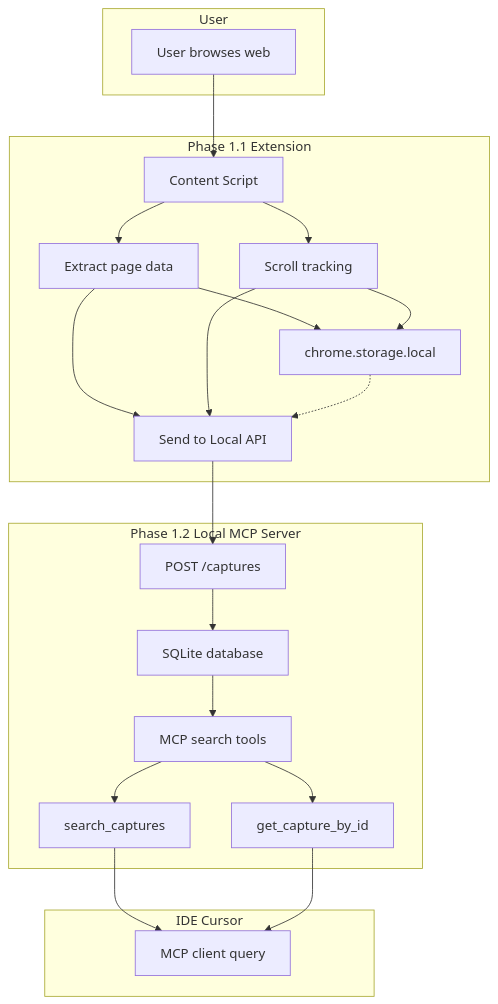
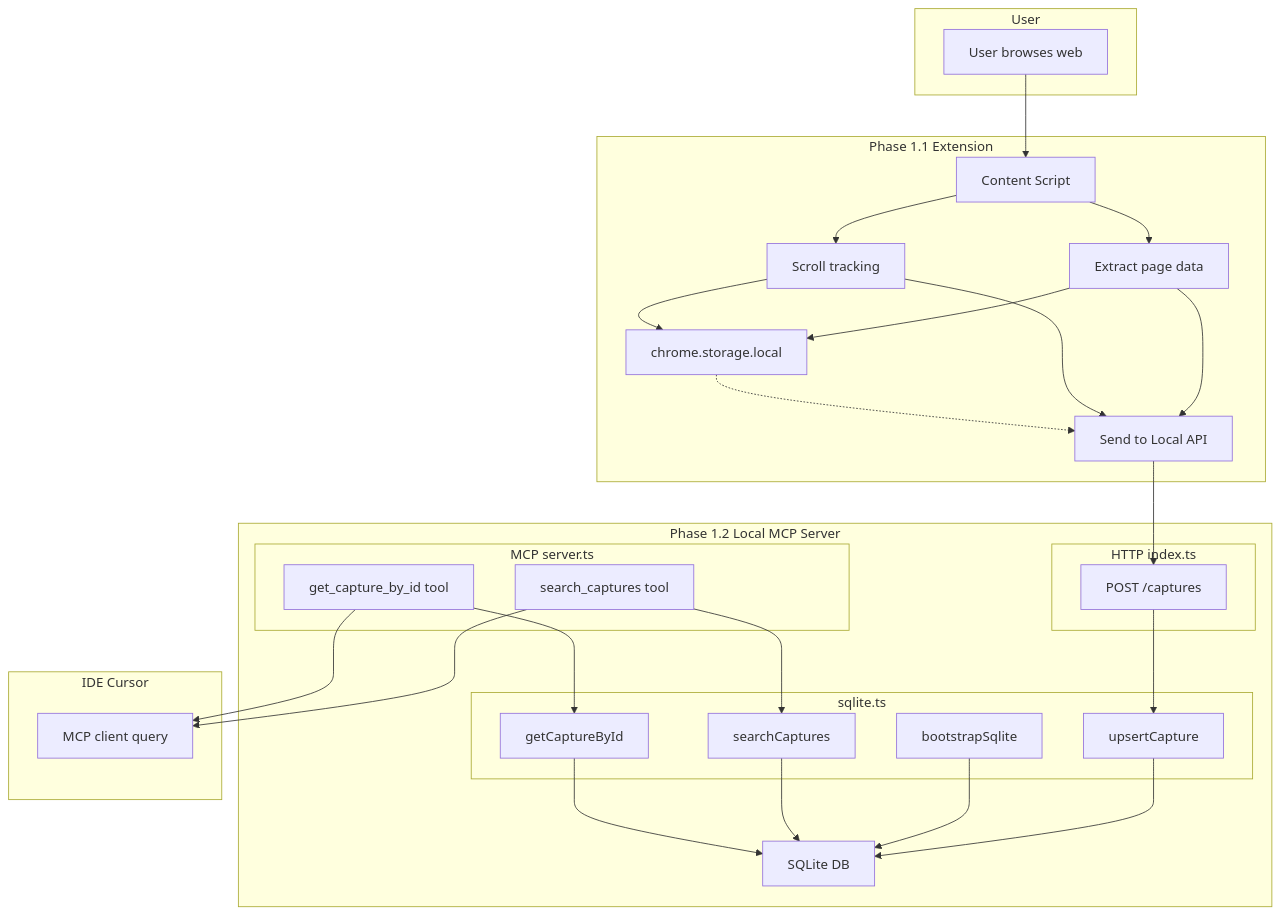
The diagram in README.md (kyhsdjq/surfrag), drawn with Mermaid before and after one commit. The commit also changed other lines of this file and 20 other files, not shown here.

````diff
--- a/README.md
+++ b/README.md
@@ -7,42 +7,54 @@
 ```mermaid
 flowchart TB
     subgraph "User"
         A[""User browses web""]
     end
 
     subgraph "Phase 1.1 Extension"
         B[""Content Script""]
         C[""Extract page data""]
         D[""Scroll tracking""]
         E[""chrome.storage.local""]
         F[""Send to Local API""]
     end
 
     subgraph "Phase 1.2 Local MCP Server"
-        G[""POST /captures""]
-        H[""SQLite database""]
-        I[""MCP search tools""]
-        J[""search_captures""]
-        K[""get_capture_by_id""]
+        subgraph "HTTP index.ts"
+            G[""POST /captures""]
+        end
+        subgraph "sqlite.ts"
+            H1[""bootstrapSqlite""]
+            H2[""upsertCapture""]
+            H3[""searchCaptures""]
+            H4[""getCaptureById""]
+        end
+        subgraph "MCP server.ts"
+            I[""search_captures tool""]
+            J[""get_capture_by_id tool""]
+        end
+        K[""SQLite DB""]
     end
 
     subgraph "IDE Cursor"
         L[""MCP client query""]
     end
 
     A --> B
     B --> C
     B --> D
     C --> E
     C --> F
     D --> E
     D --> F
     E -.-> F
     F --> G
-    G --> H
-    H --> I
-    I --> J
-    I --> K
+    G --> H2
+    H2 --> K
+    H1 --> K
+    I --> H3
+    H3 --> K
+    J --> H4
+    H4 --> K
+    I --> L
     J --> L
-    K --> L
 ```
````
